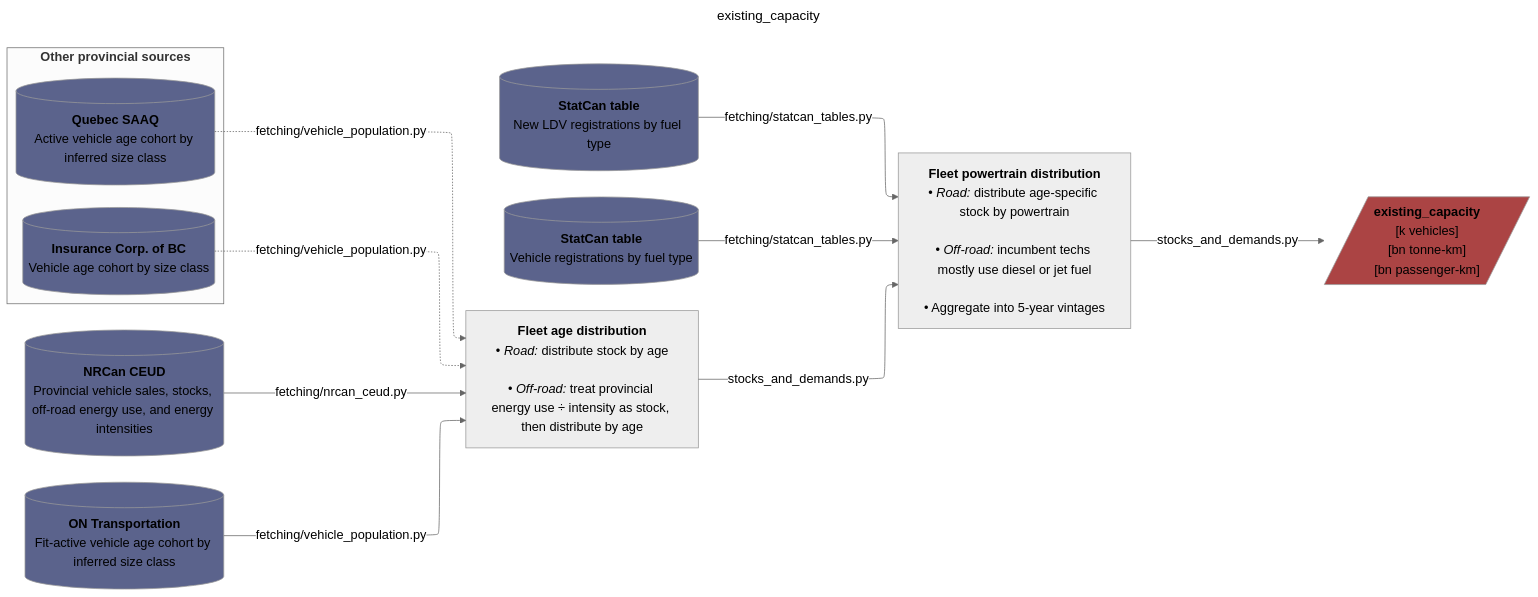
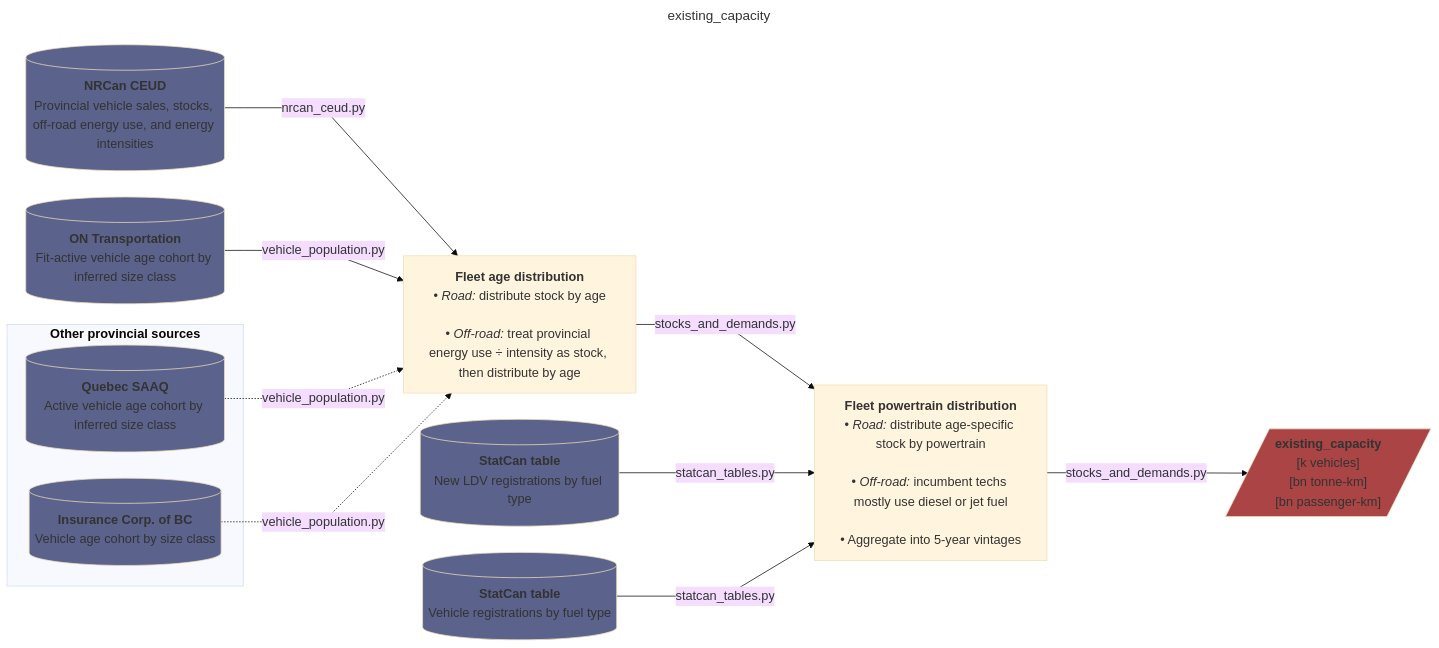
The third of 9 diagrams in README.md (CANOE-main/canoe-transportation), drawn with Mermaid before and after one commit. The commit also changed other lines of this file and 11 other files, not shown here.

Commit message:
# Updated README.md - adapted rendering of mermaid flowcharts to align with Github environment - implemented a workflow friction reduction pass

````diff
--- a/README.md
+++ b/README.md
@@ -80,57 +201,57 @@
 ```mermaid
 ---
 title: existing_capacity
 config:
-  layout: elk
-  theme: neutral
+  layout: dagre
+  theme: base
   themeVariables:
     fontSize: 17px
   flowchart:
     nodeSpacing: 35
     rankSpacing: 50
     wrappingWidth: 250
-    curve: basis
+    curve: linear
 ---
 flowchart LR
   %% --- Sources ---
   s0[("`**NRCan CEUD**<br>Provincial vehicle sales, stocks, off-road energy use, and energy intensities`")]
   s1[("`**ON Transportation**<br>Fit-active vehicle age cohort by inferred size class`")]
 
   subgraph expansion["`**Other provincial sources**`"]
     s2[("`**Quebec SAAQ**<br>Active vehicle age cohort by inferred size class`")]
     s3[("`**Insurance Corp. of BC**<br>Vehicle age cohort by size class`")]
   end
 
   s4[("`**StatCan table**<br>New LDV registrations by fuel type`")]
   s5[("`**StatCan table**<br>Vehicle registrations by fuel type`")]
 
   %% --- Processes ---
   p1["`**Fleet age distribution<br>**• *Road:* distribute stock by age<br><br>• *Off-road:* treat provincial energy use ÷ intensity as stock, then distribute by age`"]
-  s0 -- fetching/nrcan_ceud.py --> p1
-  s1 -- fetching/vehicle_population.py --> p1
-  s2 -. "fetching/vehicle_population.py" .-> p1
-  s3 -. "fetching/vehicle_population.py" .-> p1
+  s0 -- nrcan_ceud.py --> p1
+  s1 -- vehicle_population.py --> p1
+  s2 -. "vehicle_population.py" .-> p1
+  s3 -. "vehicle_population.py" .-> p1
 
   p2["`**Fleet powertrain distribution**<br>• *Road:* distribute age-specific stock by powertrain<br><br>• *Off-road:* incumbent techs mostly use diesel or jet fuel<br><br>• Aggregate into 5-year vintages`"]
   p1 -- stocks_and_demands.py --> p2
-  s4 -- fetching/statcan_tables.py --> p2
-  s5 -- fetching/statcan_tables.py --> p2
+  s4 -- statcan_tables.py --> p2
+  s5 -- statcan_tables.py --> p2
 
   p2 -- stocks_and_demands.py --> o1[/"`**existing_capacity**<br>[k vehicles]<br>[bn tonne-km]<br>[bn passenger-km]`"/]
 
   %% --- Styling ---
   classDef database fill:#5b638c
   classDef doc fill:#608c5b
   classDef output fill:#ab4444
 
   class s0,s1,s2,s3,s4,s5 database;
   class o1 output;
 
   %% --- Hyperlinks ---
   click s5 "https://doi.org/10.25318/2310030801-eng"
   click s4 "https://doi.org/10.25318/2010002501-eng"
   click s3 "https://public.tableau.com/app/profile/icbc/viz/VehiclePopulationIntroPage/VehiclePopulationData"
   click s2 "https://www.donneesquebec.ca/recherche/dataset/vehicules-en-circulation"
   click s1 "https://data.ontario.ca/dataset/vehicle-population-data"
   click s0 "https://oee.nrcan.gc.ca/corporate/statistics/neud/dpa/menus/trends/comprehensive_tables/list.cfm"
 ```
````
